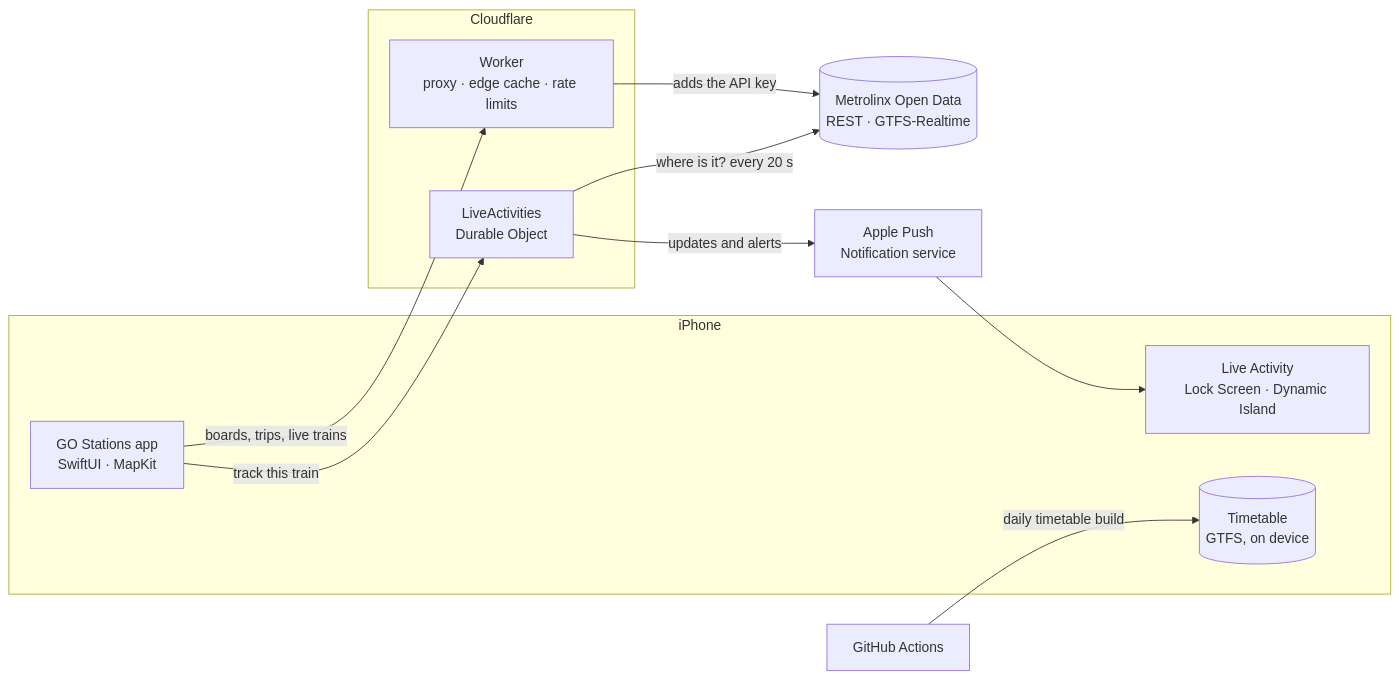
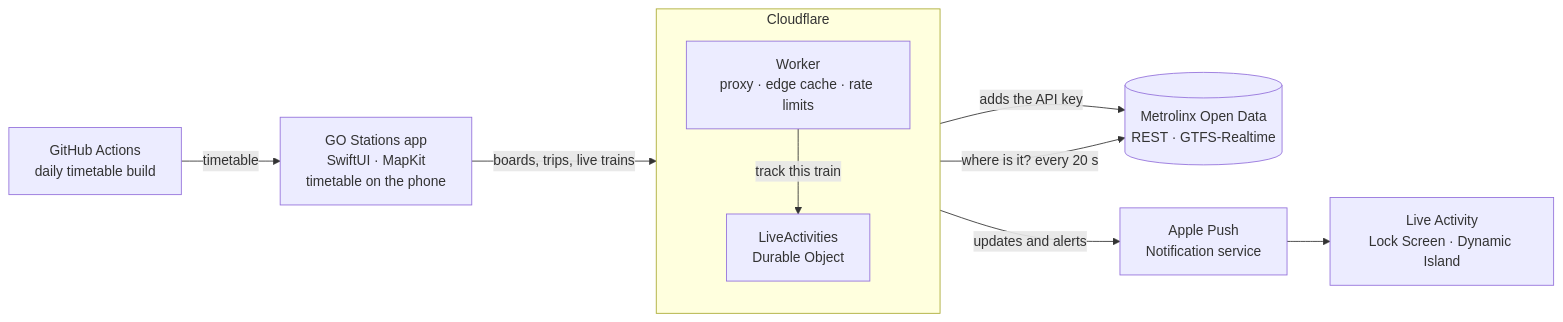
Before and after one commit to RobOHt/go-stations: the first of 2 diagrams in docs/ARCHITECTURE.md, drawn with Mermaid. The commit also changed 19 other files, not shown here.

````diff
--- a/docs/ARCHITECTURE.md
+++ b/docs/ARCHITECTURE.md
@@ -8,23 +8,21 @@
 ```mermaid
 flowchart LR
-    subgraph phone["iPhone"]
-        app["GO Stations app<br/>SwiftUI · MapKit"]
-        activity["Live Activity<br/>Lock Screen · Dynamic Island"]
-        timetable[("Timetable<br/>GTFS, on device")]
-    end
+    actions["GitHub Actions<br/>daily timetable build"]
+    app["GO Stations app<br/>SwiftUI · MapKit<br/>timetable on the phone"]
     subgraph cloudflare["Cloudflare"]
+        direction TB
         worker["Worker<br/>proxy · edge cache · rate limits"]
         follower["LiveActivities<br/>Durable Object"]
     end
     metrolinx[("Metrolinx Open Data<br/>REST · GTFS-Realtime")]
     apns["Apple Push<br/>Notification service"]
-    actions["GitHub Actions"]
+    activity["Live Activity<br/>Lock Screen · Dynamic Island"]
 
+    actions -- "timetable" --> app
     app -- "boards, trips, live trains" --> worker
     worker -- "adds the API key" --> metrolinx
-    app -- "track this train" --> follower
+    worker -- "track this train" --> follower
     follower -- "where is it? every 20 s" --> metrolinx
     follower -- "updates and alerts" --> apns
     apns --> activity
-    actions -- "daily timetable build" --> timetable
 ```
````
